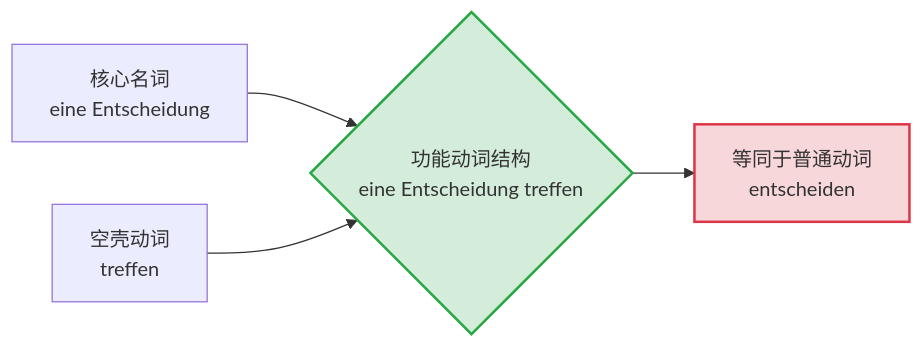
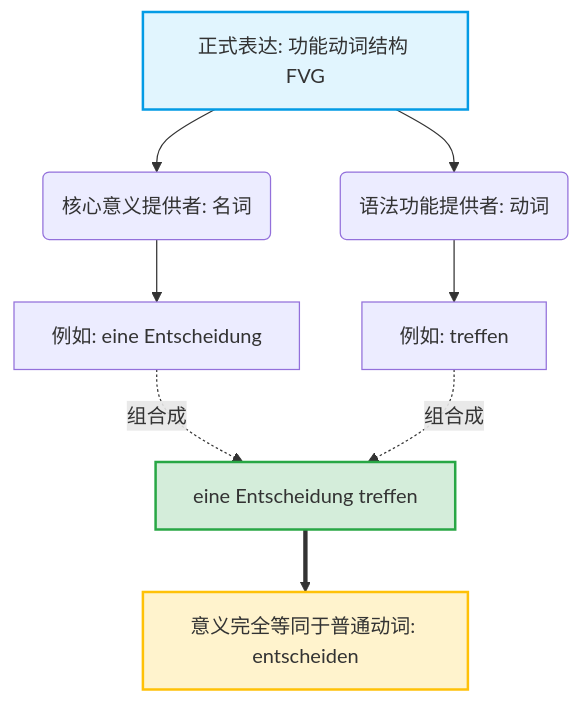
One commit to tanghaochen/Ideologie_und_Politik_obsidian changed the first of 3 diagrams in 语言学习/德语/公共知识语法/2动词/功能动词结构 或 动名词搭配（Funktionsverbgefüge，简称 FVG）.md. Above: the diagram before and after it, drawn with Mermaid. The commit also changed other lines of this file and 8 other files, not shown here.

````diff
--- a/语言学习/德语/公共知识语法/2动词/功能动词结构 或 动名词搭配（Funktionsverbgefüge，简称 FVG）.md
+++ b/语言学习/德语/公共知识语法/2动词/功能动词结构 或 动名词搭配（Funktionsverbgefüge，简称 FVG）.md
@@ -18,9 +24,14 @@
 ```mermaid
-graph LR
-    A[核心名词<br>eine Entscheidung] --> C{功能动词结构<br>eine Entscheidung treffen}
-    B[空壳动词<br>treffen] --> C
-    C --> D[等同于普通动词<br>entscheiden]
+graph TD
+    A[正式表达: 功能动词结构 FVG] --> B(核心意义提供者: 名词)
+    A --> C(语法功能提供者: 动词)
+    B --> D[例如: eine Entscheidung]
+    C --> E[例如: treffen]
+    D -. 组合成 .-> F[eine Entscheidung treffen]
+    E -. 组合成 .-> F
+    F ==> G[意义完全等同于普通动词: entscheiden]
     
-    style C fill:#d4edda,stroke:#28a745,stroke-width:2px
-    style D fill:#f8d7da,stroke:#dc3545,stroke-width:2px
+    style A fill:#e1f5fe,stroke:#039be5,stroke-width:2px
+    style F fill:#d4edda,stroke:#28a745,stroke-width:2px
+    style G fill:#fff3cd,stroke:#ffc107,stroke-width:2px
 ```
````
